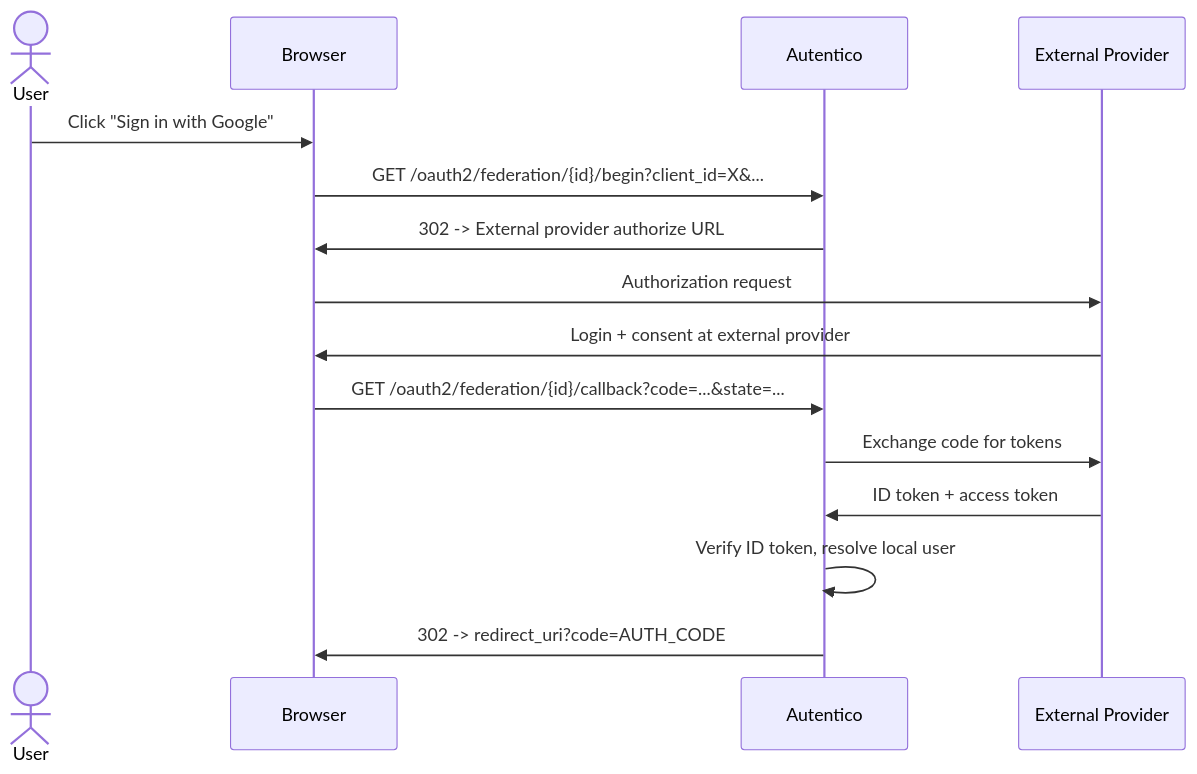
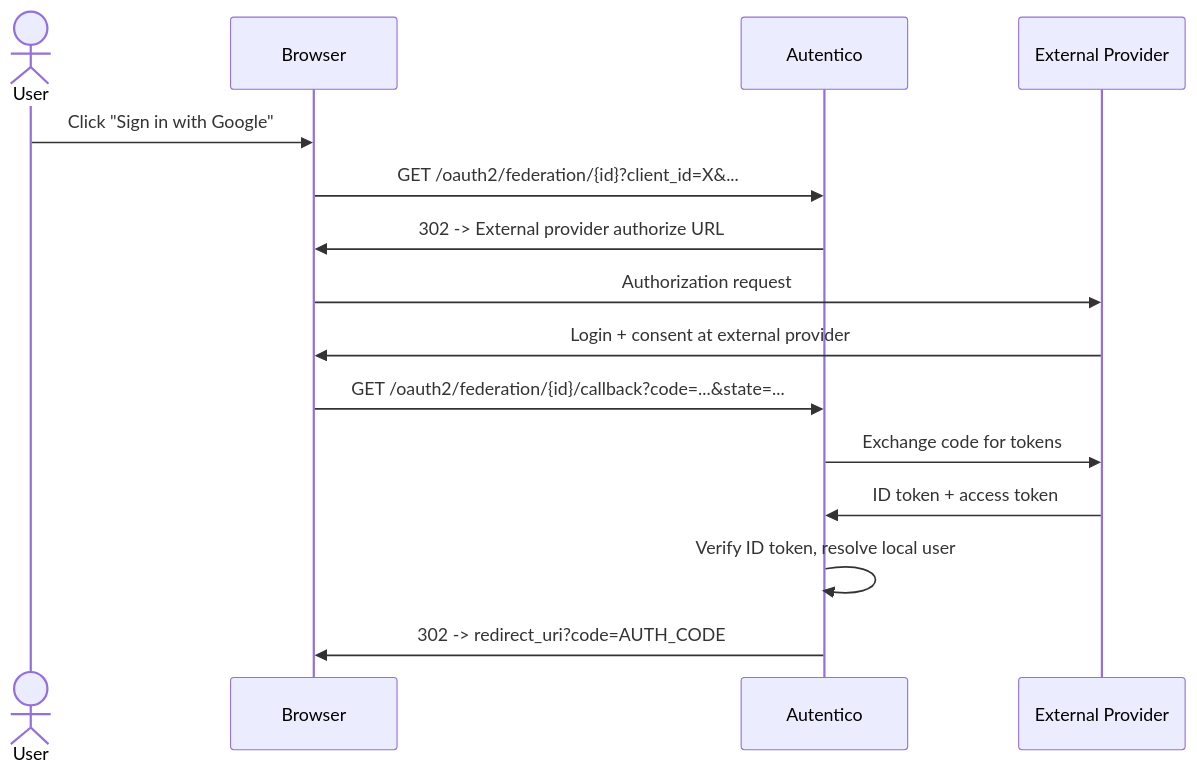
Before and after one commit to eugenioenko/autentico: the diagram in docs-web/src/content/docs/integrate/federation.mdx, drawn with Mermaid. The commit also changed other lines of this file and 13 other files, not shown here.

````diff
--- a/docs-web/src/content/docs/integrate/federation.mdx
+++ b/docs-web/src/content/docs/integrate/federation.mdx
@@ -12,18 +12,18 @@
 ```mermaid
 sequenceDiagram
     actor User
     participant Browser
     participant IdP as Autentico
     participant ExtIdP as External Provider
 
     User->>Browser: Click "Sign in with Google"
-    Browser->>IdP: GET /oauth2/federation/{id}/begin?client_id=X&...
+    Browser->>IdP: GET /oauth2/federation/{id}?client_id=X&...
     IdP->>Browser: 302 -> External provider authorize URL
     Browser->>ExtIdP: Authorization request
     ExtIdP->>Browser: Login + consent at external provider
     Browser->>IdP: GET /oauth2/federation/{id}/callback?code=...&state=...
     IdP->>ExtIdP: Exchange code for tokens
     ExtIdP->>IdP: ID token + access token
     IdP->>IdP: Verify ID token, resolve local user
     IdP->>Browser: 302 -> redirect_uri?code=AUTH_CODE
 ```
````
